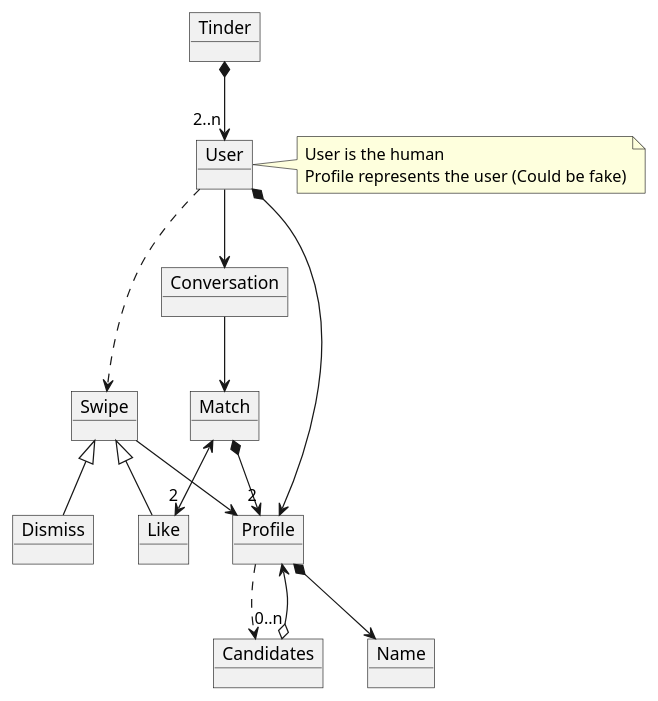
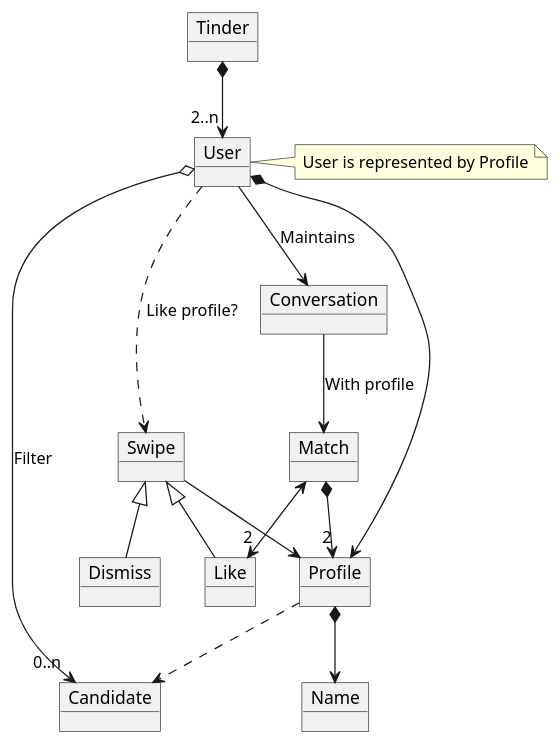
The diagram in docs/src/domain-model.puml (fraylopez/tinder), drawn with PlantUML before and after one commit.

Commit message:
Domain model improved

```diff
--- a/docs/src/domain-model.puml
+++ b/docs/src/domain-model.puml
@@ -1,37 +1,36 @@
-@startuml
+@startuml domain model
 
 object Tinder
 object Match
 object Like
 object Dismiss
 object Swipe
-object Candidates
+object Candidate
 object User
 note right
-User is the human
-Profile represents the user (Could be fake)
+User is represented by Profile
 end note
 object Profile
 object Name
 object Conversation
 
-User ..> Swipe
+User ..> Swipe : "Like profile?"
 User *--> Profile
 
 Tinder *--> "2..n" User
 Profile *--> Name
 
 Like -up-|> Swipe
 Dismiss -up-|> Swipe
-Candidates "0..n" o-down-> Profile
+User o-down-> "0..n" Candidate: "Filter"
 
-Profile ..> Candidates
-Conversation --> Match
+Profile ..> Candidate
+Conversation --> Match: "With profile"
 
 Swipe --> Profile
 Match *--> "2" Profile
 Match <--> "2" Like
 
-User --> Conversation
+User --> Conversation: "Maintains"
 
 @enduml
```
